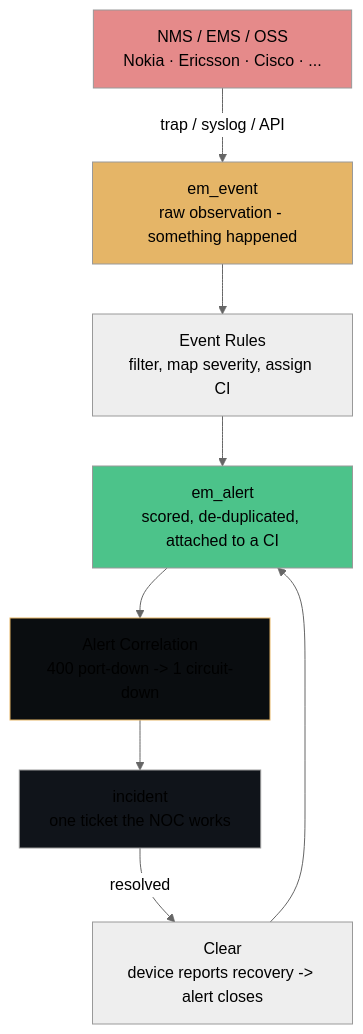
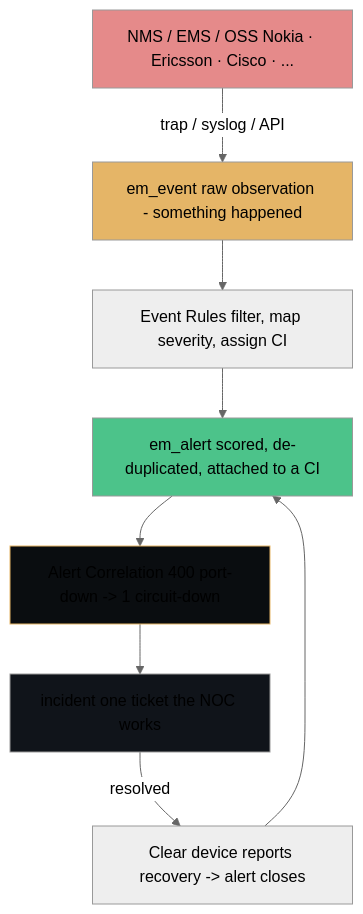
The first of 3 diagrams in docs/modules/tsom/tsom-guide.md (eltonaguiar/ServiceNow_Learning_TSOM-_CSM_FSM_SalesCRM_HAM_ITSM), drawn with Mermaid (neutral theme) before and after one commit. The commit also changed other lines of this file and 11 other files, not shown here.

First line of the commit message:
Fix all mermaid diagrams: remove br/ tags that break rendering on GitHub Pages

````diff
--- a/docs/modules/tsom/tsom-guide.md
+++ b/docs/modules/tsom/tsom-guide.md
@@ -621,25 +621,25 @@
 ```mermaid
 flowchart TD
-    NMS["NMS / EMS / OSS<br/>Nokia · Ericsson · Cisco · ..."]
-    Event["em_event<br/>raw observation - something happened"]
-    Rules["Event Rules<br/>filter, map severity, assign CI"]
-    Alert["em_alert<br/>scored, de-duplicated, attached to a CI"]
-    Corr["Alert Correlation<br/>400 port-down -> 1 circuit-down"]
-    Incident["incident<br/>one ticket the NOC works"]
-    Clear["Clear<br/>device reports recovery -> alert closes"]
+    NMS["NMS / EMS / OSS Nokia · Ericsson · Cisco · ..."]
+    Event["em_event raw observation - something happened"]
+    Rules["Event Rules filter, map severity, assign CI"]
+    Alert["em_alert scored, de-duplicated, attached to a CI"]
+    Corr["Alert Correlation 400 port-down -> 1 circuit-down"]
+    Incident["incident one ticket the NOC works"]
+    Clear["Clear device reports recovery -> alert closes"]
 
     NMS -->|trap / syslog / API| Event
     Event --> Rules
     Rules --> Alert
     Alert --> Corr
     Corr --> Incident
     Incident -->|resolved| Clear
     Clear --> Alert
 
     style NMS fill:#e58a8a,color:#000
     style Event fill:#e5b567,color:#000
     style Alert fill:#4cc38a,color:#000
     style Corr fill:#0a0d10,stroke:#e5b567
     style Incident fill:#10141a
 
 ```
````
